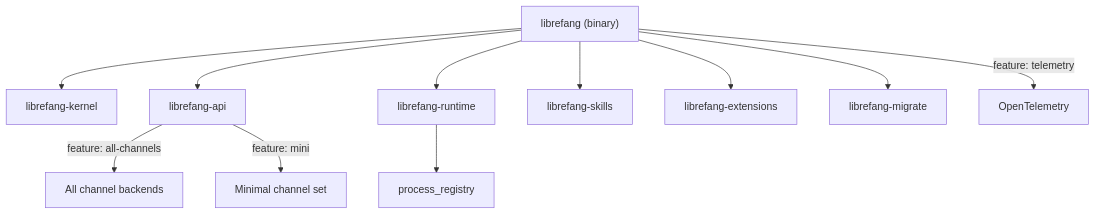
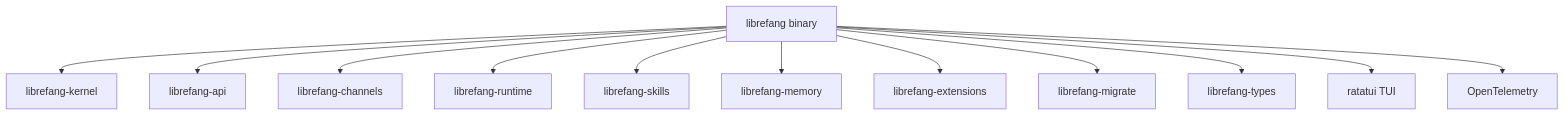
The diagram in other-librefang-cli.md (leszek3737/librefang-WIki), drawn with Mermaid before and after one commit. The commit also changed other lines of this file and 100 other files, not shown here.

````diff
--- a/other-librefang-cli.md
+++ b/other-librefang-cli.md
@@ -23,14 +9,14 @@
 ```mermaid
 graph TD
-    CLI["librefang (binary)"]
-    CLI --> Kernel["librefang-kernel"]
-    CLI --> API["librefang-api"]
-    CLI --> Runtime["librefang-runtime"]
-    CLI --> Skills["librefang-skills"]
-    CLI --> Extensions["librefang-extensions"]
-    CLI --> Migrate["librefang-migrate"]
-    API --> |"feature: all-channels"| Channels["All channel backends"]
-    API --> |"feature: mini"| Mini["Minimal channel set"]
-    CLI --> |"feature: telemetry"| OTEL["OpenTelemetry"]
-    Runtime --> PR["process_registry"]
+    CLI[librefang binary] --> Kernel[librefang-kernel]
+    CLI --> API[librefang-api]
+    CLI --> Channels[librefang-channels]
+    CLI --> Runtime[librefang-runtime]
+    CLI --> Skills[librefang-skills]
+    CLI --> Memory[librefang-memory]
+    CLI --> Extensions[librefang-extensions]
+    CLI --> Migrate[librefang-migrate]
+    CLI --> Types[librefang-types]
+    CLI --> TUI[ratatui TUI]
+    CLI --> Telemetry[OpenTelemetry]
 ```
````
